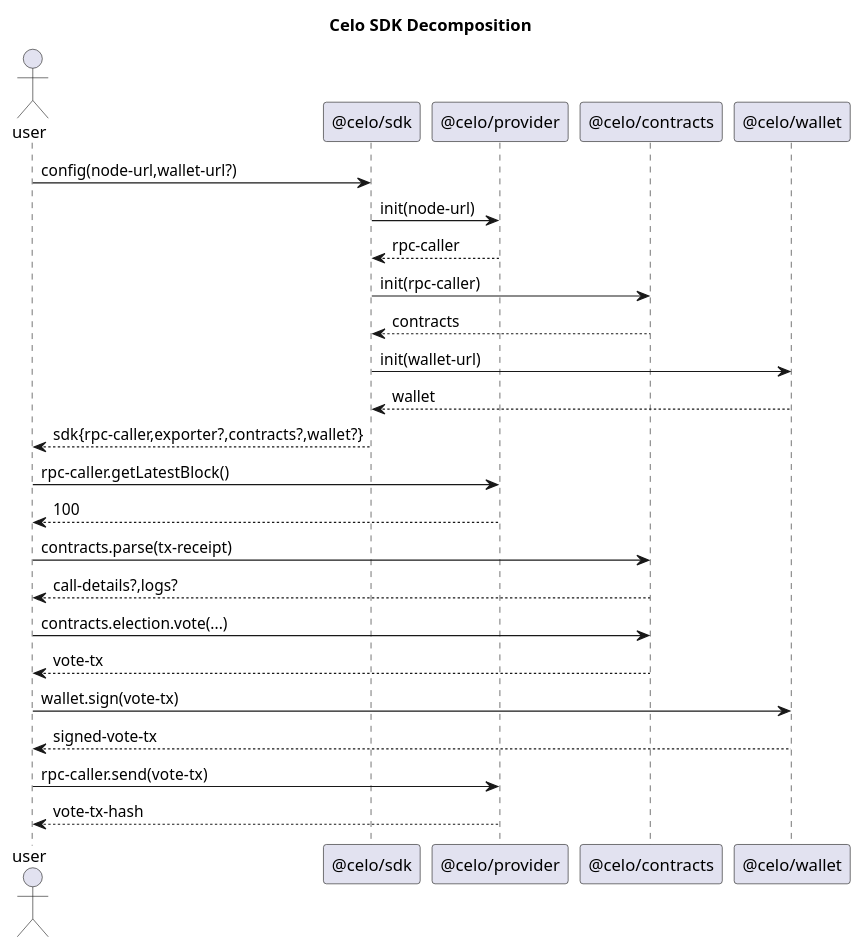
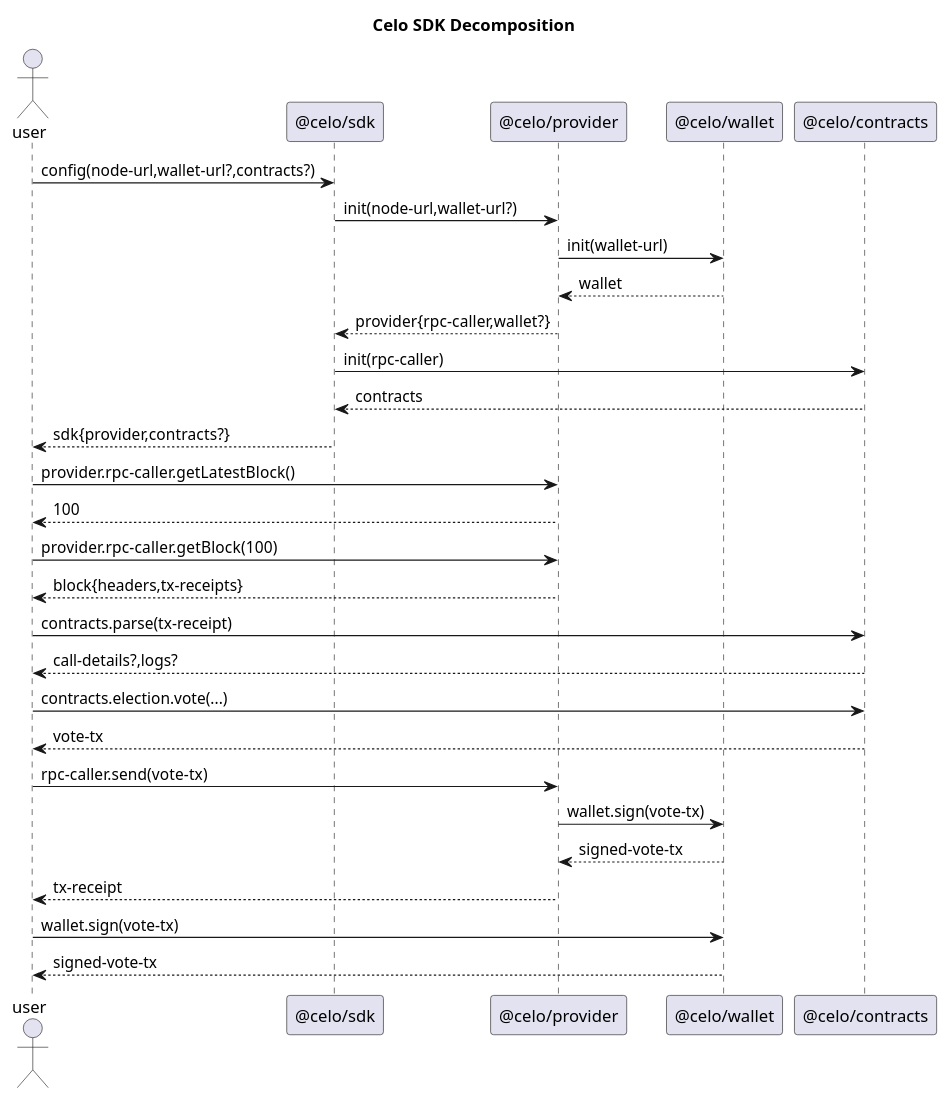
The diagram in packages/sdk/composition.puml (will7455/celo-monorepo), drawn with PlantUML before and after one commit. The commit also changed 5 other files, not shown here.

```diff
--- a/packages/sdk/composition.puml
+++ b/packages/sdk/composition.puml
@@ -1,32 +1,37 @@
 title Celo SDK Decomposition
 
 actor user
 
 participant "@celo/sdk"
 participant "@celo/provider"
+participant "@celo/wallet"
 participant "@celo/contracts"
-participant "@celo/wallet"
 
-user->"@celo/sdk":config(node-url,wallet-url?)
-"@celo/sdk"->"@celo/provider":init(node-url)
-"@celo/sdk"<--"@celo/provider":rpc-caller
+user->"@celo/sdk":config(node-url,wallet-url?,contracts?)
+"@celo/sdk"->"@celo/provider":init(node-url,wallet-url?)
+"@celo/provider"->"@celo/wallet":init(wallet-url)
+"@celo/provider"<--"@celo/wallet":wallet
+"@celo/sdk"<--"@celo/provider":provider{rpc-caller,wallet?}
 "@celo/sdk"->"@celo/contracts":init(rpc-caller)
 "@celo/sdk"<--"@celo/contracts":contracts
-"@celo/sdk"->"@celo/wallet":init(wallet-url)
-"@celo/sdk"<--"@celo/wallet":wallet
-user<--"@celo/sdk":sdk{rpc-caller,exporter?,contracts?,wallet?}
+user<--"@celo/sdk":sdk{provider,contracts?}
 
-user->"@celo/provider":rpc-caller.getLatestBlock()
+user->"@celo/provider":provider.rpc-caller.getLatestBlock()
 user<--"@celo/provider":100
+
+user->"@celo/provider":provider.rpc-caller.getBlock(100)
+user<--"@celo/provider":block{headers,tx-receipts}
 
 user->"@celo/contracts":contracts.parse(tx-receipt)
 user<--"@celo/contracts":call-details?,logs?
 
 user->"@celo/contracts":contracts.election.vote(...)
 user<--"@celo/contracts":vote-tx
 
+user->"@celo/provider":rpc-caller.send(vote-tx)
+"@celo/provider"->"@celo/wallet":wallet.sign(vote-tx)
+"@celo/provider"<--"@celo/wallet":signed-vote-tx
+user<--"@celo/provider":tx-receipt
+
 user->"@celo/wallet":wallet.sign(vote-tx)
 user<--"@celo/wallet":signed-vote-tx
-
-user->"@celo/provider":rpc-caller.send(vote-tx)
-user<--"@celo/provider":vote-tx-hash
```
